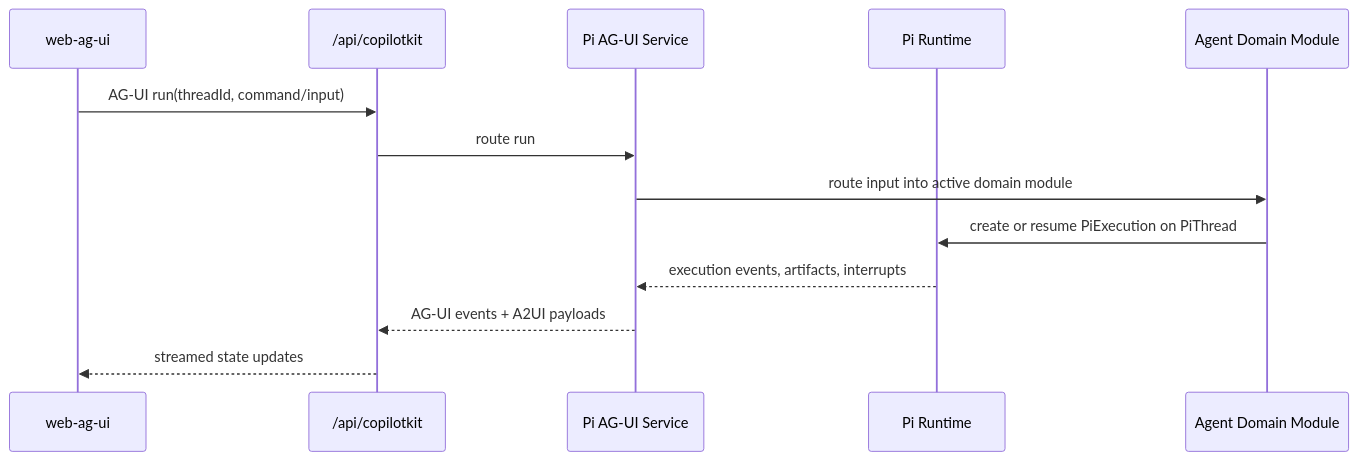
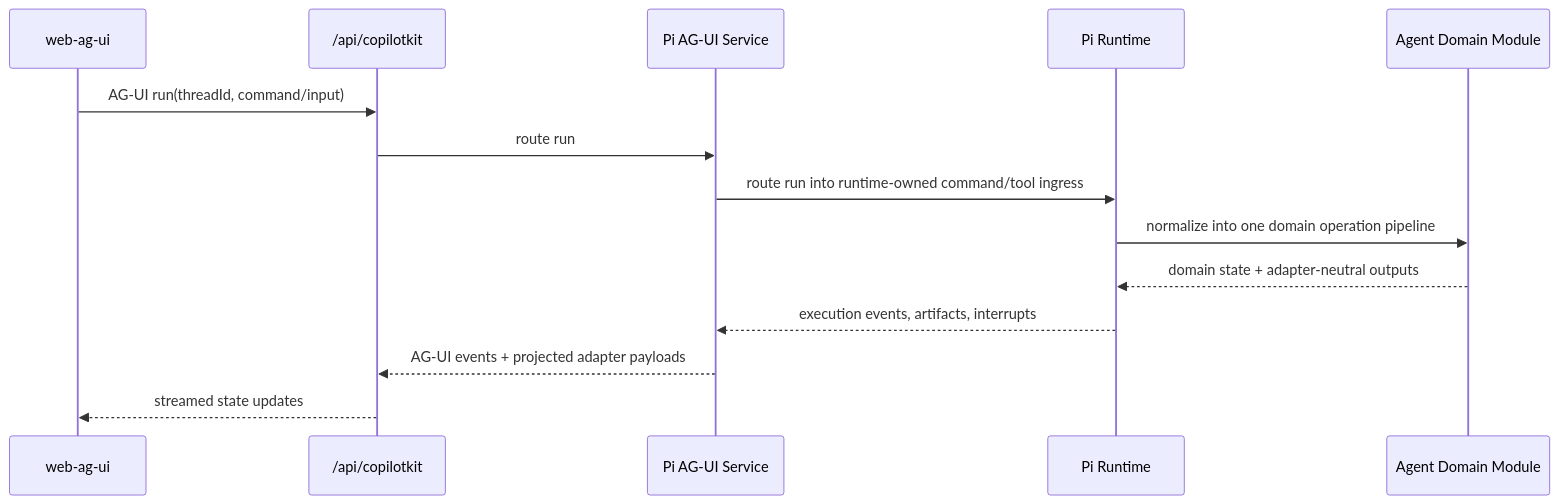
The fifth of 7 diagrams in typescript/clients/web-ag-ui/docs/c4-pi-runtime-architecture-and-boundaries.md (EmberAGI/arbitrum-vibekit), drawn with Mermaid before and after one commit. The commit also changed other lines of this file and 9 other files, not shown here.

````diff
--- a/typescript/clients/web-ag-ui/docs/c4-pi-runtime-architecture-and-boundaries.md
+++ b/typescript/clients/web-ag-ui/docs/c4-pi-runtime-architecture-and-boundaries.md
@@ -276,16 +273,17 @@
 ```mermaid
 sequenceDiagram
   participant Web as web-ag-ui
   participant CK as /api/copilotkit
   participant AG as Pi AG-UI Service
   participant RT as Pi Runtime
   participant DM as Agent Domain Module
 
   Web->>CK: AG-UI run(threadId, command/input)
   CK->>AG: route run
-  AG->>DM: route input into active domain module
-  DM->>RT: create or resume PiExecution on PiThread
+  AG->>RT: route run into runtime-owned command/tool ingress
+  RT->>DM: normalize into one domain operation pipeline
+  DM-->>RT: domain state + adapter-neutral outputs
   RT-->>AG: execution events, artifacts, interrupts
-  AG-->>CK: AG-UI events + A2UI payloads
+  AG-->>CK: AG-UI events + projected adapter payloads
   CK-->>Web: streamed state updates
 ```
````
